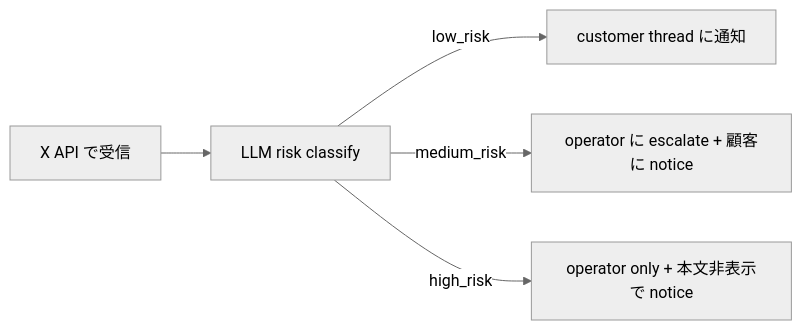
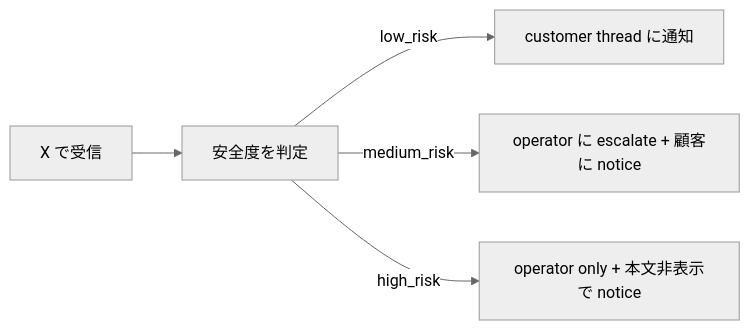
The diagram in docs/customer/03-handle-replies.md (zumizumi-3/mex-next), drawn with Mermaid (neutral theme) before and after one commit. The commit also changed other lines of this file and 20 other files, not shown here.

````diff
--- a/docs/customer/03-handle-replies.md
+++ b/docs/customer/03-handle-replies.md
@@ -11,7 +11,7 @@
 ```mermaid
 flowchart LR
-    A[X API で受信] --> B[LLM risk classify]
+    A[X で受信] --> B[安全度を判定]
     B -->|low_risk| C[customer thread に通知]
     B -->|medium_risk| D[operator に escalate + 顧客に notice]
     B -->|high_risk| E[operator only + 本文非表示で notice]
 ```
````
